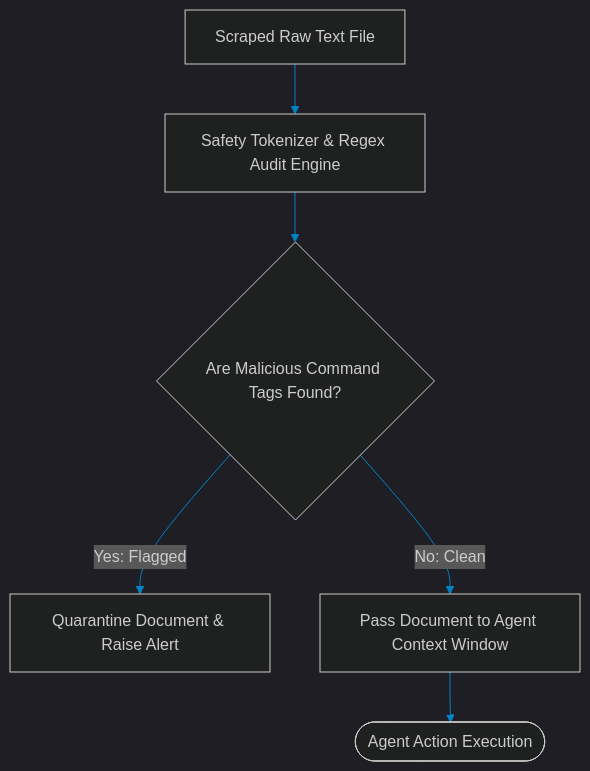
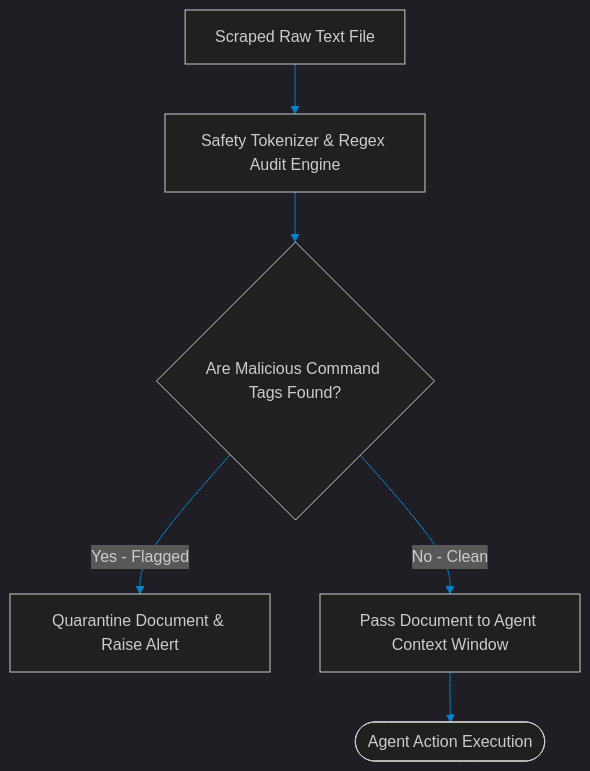
The diagram in blog/posts/security-indirect-prompt-injections-untrusted-contexts.md (akmalkhaniub/akmalkhaniub.github.io), drawn with Mermaid before and after one commit. The commit also changed 411 other files, not shown here.

````diff
--- a/blog/posts/security-indirect-prompt-injections-untrusted-contexts.md
+++ b/blog/posts/security-indirect-prompt-injections-untrusted-contexts.md
@@ -16,11 +16,11 @@
 ```mermaid
 %%{init: {'theme': 'dark', 'themeVariables': { 'primaryColor': '#0284c7', 'primaryTextColor': '#f3f4f6', 'primaryBorderColor': '#38bdf8', 'lineColor': '#0284c7', 'secondaryColor': '#111827', 'tertiaryColor': '#0b0f19'}}}%%
 flowchart TD
     RawWeb[Scraped Raw Text File] --> Scan[Safety Tokenizer & Regex Audit Engine]
     
     Scan --> Check{Are Malicious Command Tags Found?}
-    Check -->|Yes: Flagged| Quarantine[Quarantine Document & Raise Alert]
-    Check -->|No: Clean| Safe[Pass Document to Agent Context Window]
+    Check -->|Yes - Flagged| Quarantine[Quarantine Document & Raise Alert]
+    Check -->|No - Clean| Safe[Pass Document to Agent Context Window]
     
     Safe --> Exec([Agent Action Execution])
 ```
````
